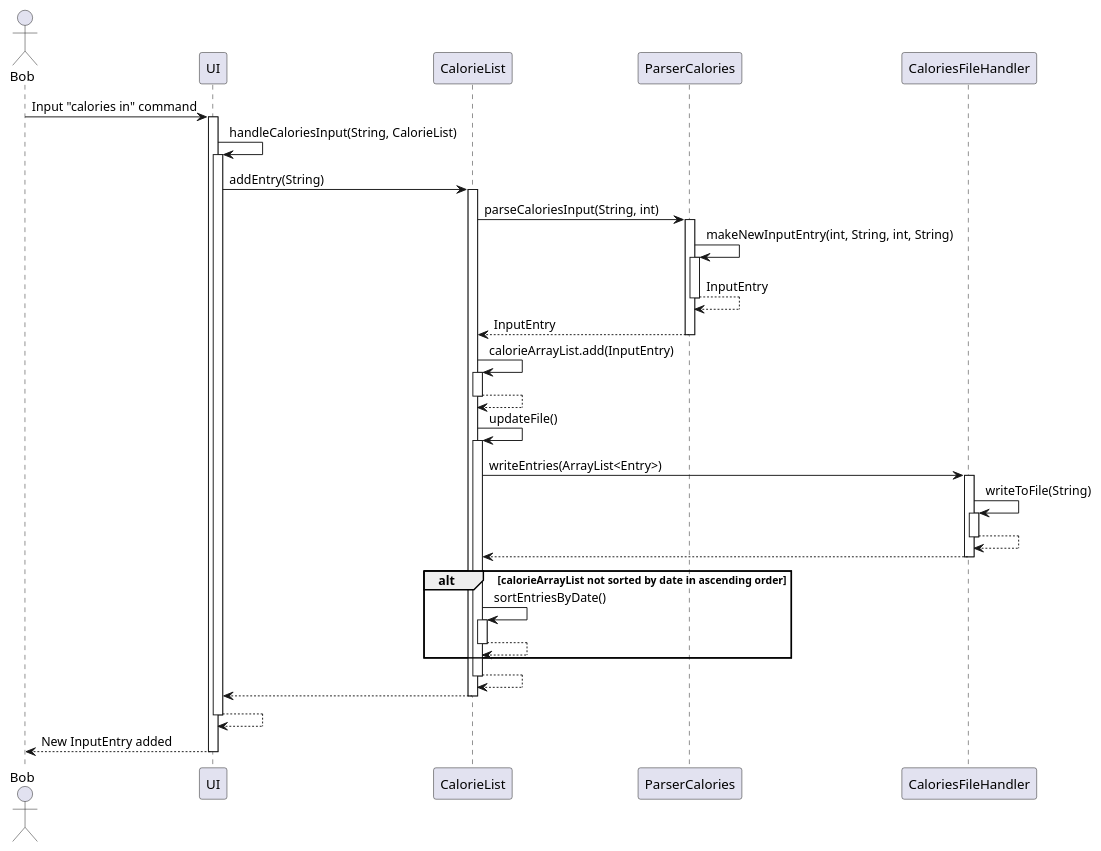
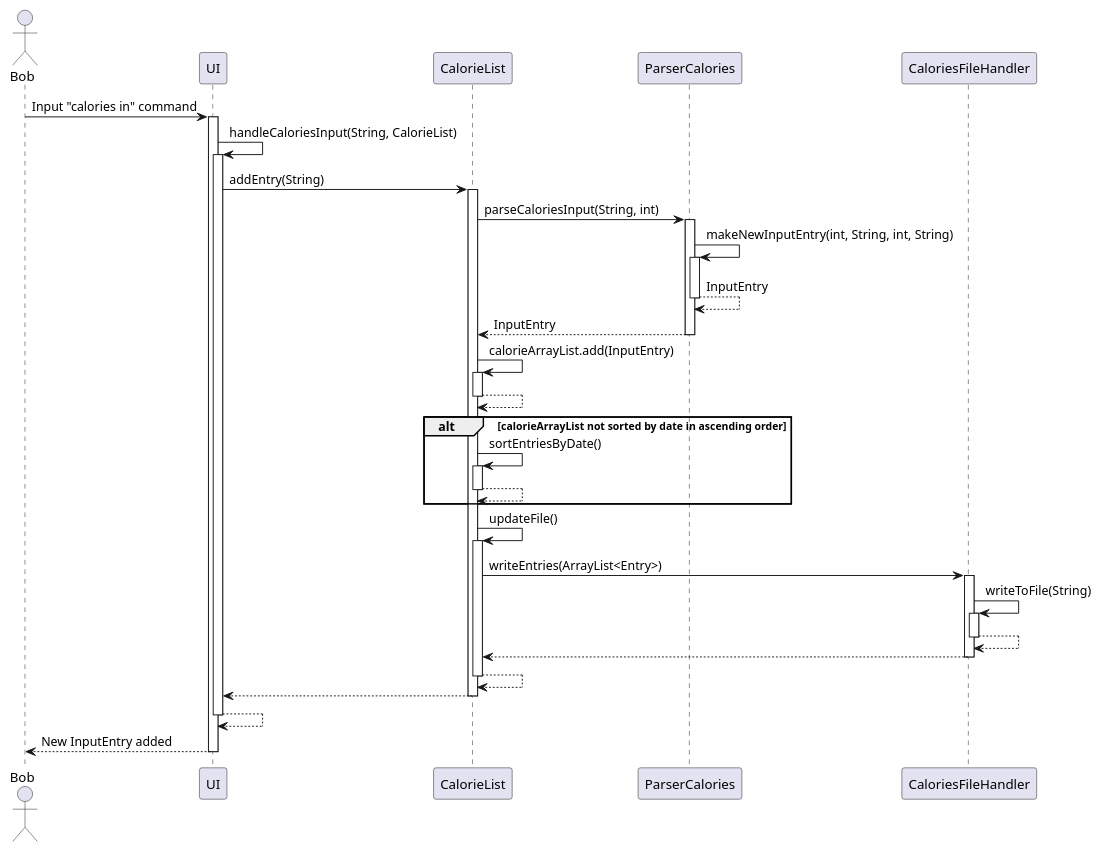
The diagram in docs/diagrams/calories_component.puml (AY2324S2-CS2113-F15-2/tp), drawn with PlantUML before and after one commit. The commit also changed 1 other file, not shown here.

```diff
--- a/docs/diagrams/calories_component.puml
+++ b/docs/diagrams/calories_component.puml
@@ -1,47 +1,48 @@
 @startuml
 actor Bob
 Bob -> UI: Input "calories in" command
 activate UI
 
 UI -> UI: handleCaloriesInput(String, CalorieList)
 activate UI
 
 UI -> CalorieList: addEntry(String)
 activate CalorieList
 
 CalorieList -> ParserCalories: parseCaloriesInput(String, int)
 activate ParserCalories
 
 ParserCalories -> ParserCalories : makeNewInputEntry(int, String, int, String)
 activate ParserCalories
 
 return InputEntry
 return InputEntry
 
 CalorieList -> CalorieList: calorieArrayList.add(InputEntry)
 activate CalorieList
 return
 
+
+
+alt calorieArrayList not sorted by date in ascending order
+    CalorieList -> CalorieList : sortEntriesByDate()
+    activate CalorieList
+    return
+end
+
 CalorieList -> CalorieList: updateFile()
 activate CalorieList
 
 CalorieList -> CaloriesFileHandler : writeEntries(ArrayList<Entry>)
 activate CaloriesFileHandler
 CaloriesFileHandler -> CaloriesFileHandler : writeToFile(String)
 activate CaloriesFileHandler
 return
 return
 
-alt calorieArrayList not sorted by date in ascending order
-    CalorieList -> CalorieList : sortEntriesByDate()
-    activate CalorieList
-    return
-end
-
-
 return
 return
 return
 return New InputEntry added
 
 @enduml
```
